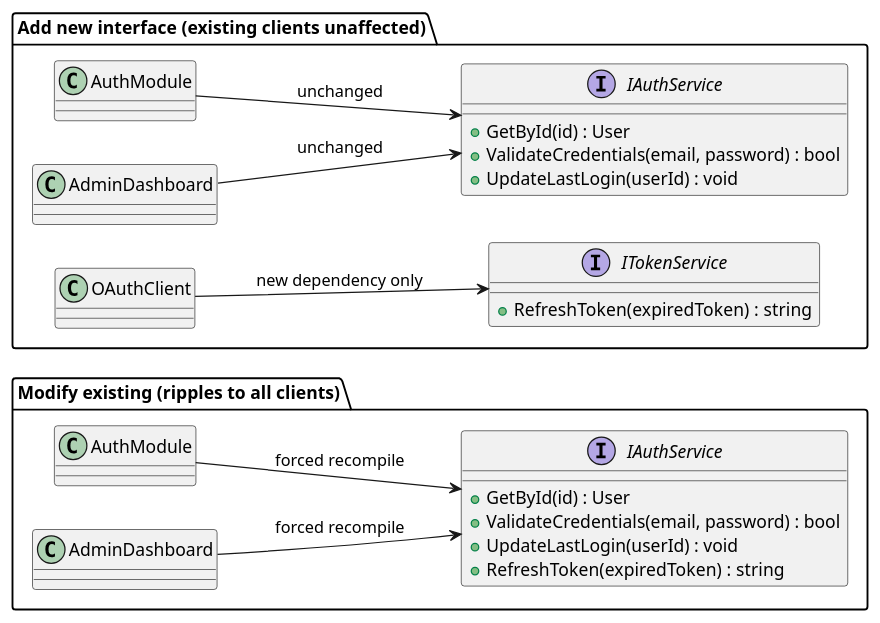
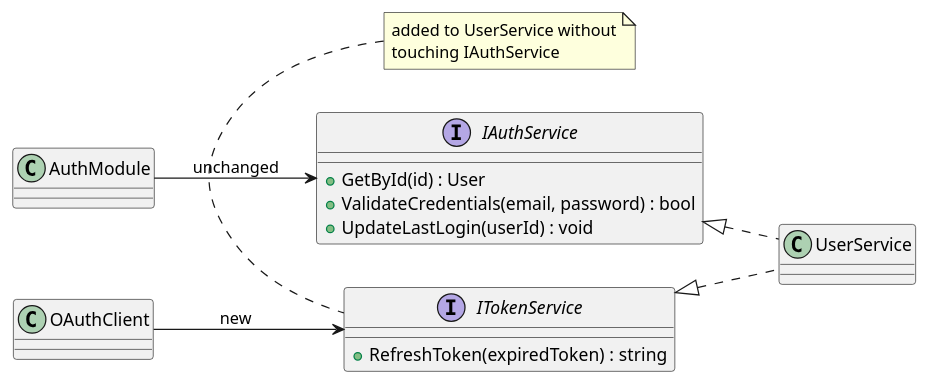
The third of 5 diagrams in _series/solid-principles/interface-segregation-principle-isp.md (imhalawa/trace-in-time), drawn with PlantUML before and after one commit. The commit also changed other lines of this file, not shown here.

````diff
--- a/_series/solid-principles/interface-segregation-principle-isp.md
+++ b/_series/solid-principles/interface-segregation-principle-isp.md
@@ -261,35 +270,30 @@
 ```plantuml
 @startuml
 left to right direction
 
-package "Modify existing (ripples to all clients)" {
-  interface IAuthService_modified as "IAuthService" {
-    +GetById(id) : User
-    +ValidateCredentials(email, password) : bool
-    +UpdateLastLogin(userId) : void
-    +RefreshToken(expiredToken) : string
-  }
-  class AuthModule_bad as "AuthModule"
-  class AdminDashboard_bad as "AdminDashboard"
-  AuthModule_bad --> IAuthService_modified : forced recompile
-  AdminDashboard_bad --> IAuthService_modified : forced recompile
+interface IAuthService {
+  +GetById(id) : User
+  +ValidateCredentials(email, password) : bool
+  +UpdateLastLogin(userId) : void
 }
 
-package "Add new interface (existing clients unaffected)" {
-  interface IAuthService_safe as "IAuthService" {
-    +GetById(id) : User
-    +ValidateCredentials(email, password) : bool
-    +UpdateLastLogin(userId) : void
-  }
-  interface ITokenService {
-    +RefreshToken(expiredToken) : string
-  }
-  class AuthModule_good as "AuthModule"
-  class AdminDashboard_good as "AdminDashboard"
-  class OAuthClient
-  AuthModule_good --> IAuthService_safe : unchanged
-  AdminDashboard_good --> IAuthService_safe : unchanged
-  OAuthClient --> ITokenService : new dependency only
+interface ITokenService {
+  +RefreshToken(expiredToken) : string
 }
+
+class UserService
+class AuthModule
+class OAuthClient
+
+IAuthService <|.. UserService
+ITokenService <|.. UserService
+
+AuthModule --> IAuthService : unchanged
+OAuthClient --> ITokenService : new
+
+note top of ITokenService
+  added to UserService without
+  touching IAuthService
+end note
 @enduml
 ```
````
